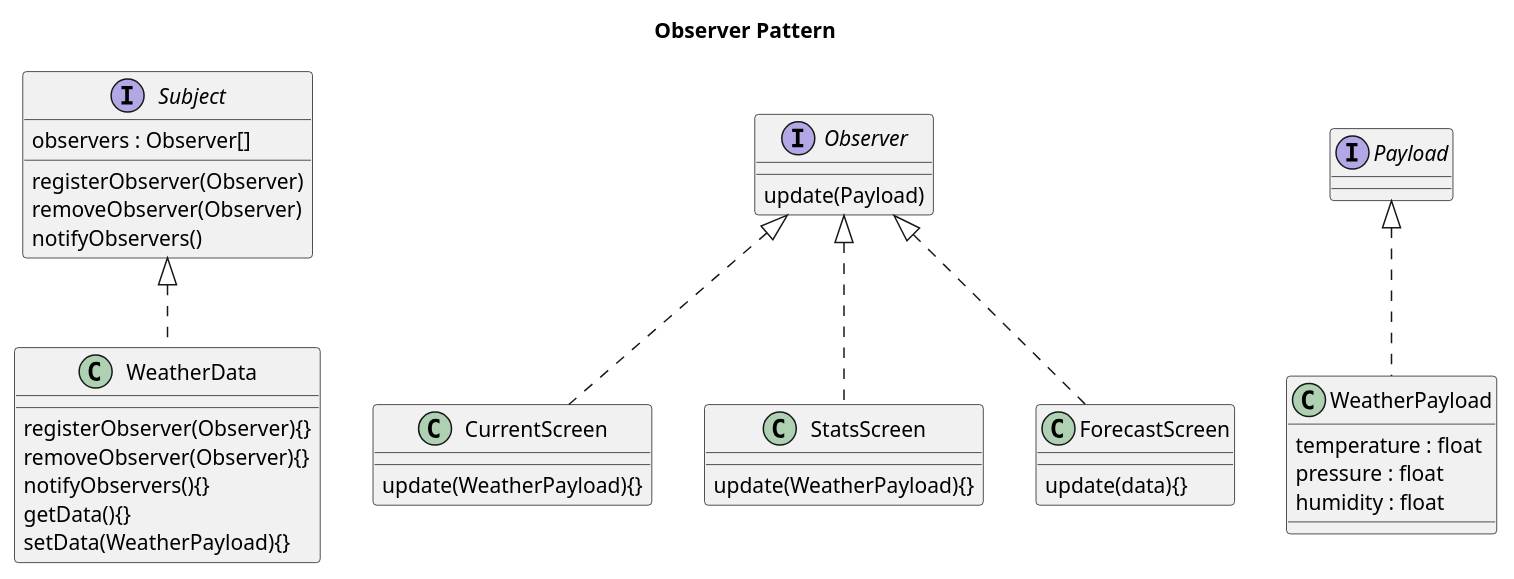
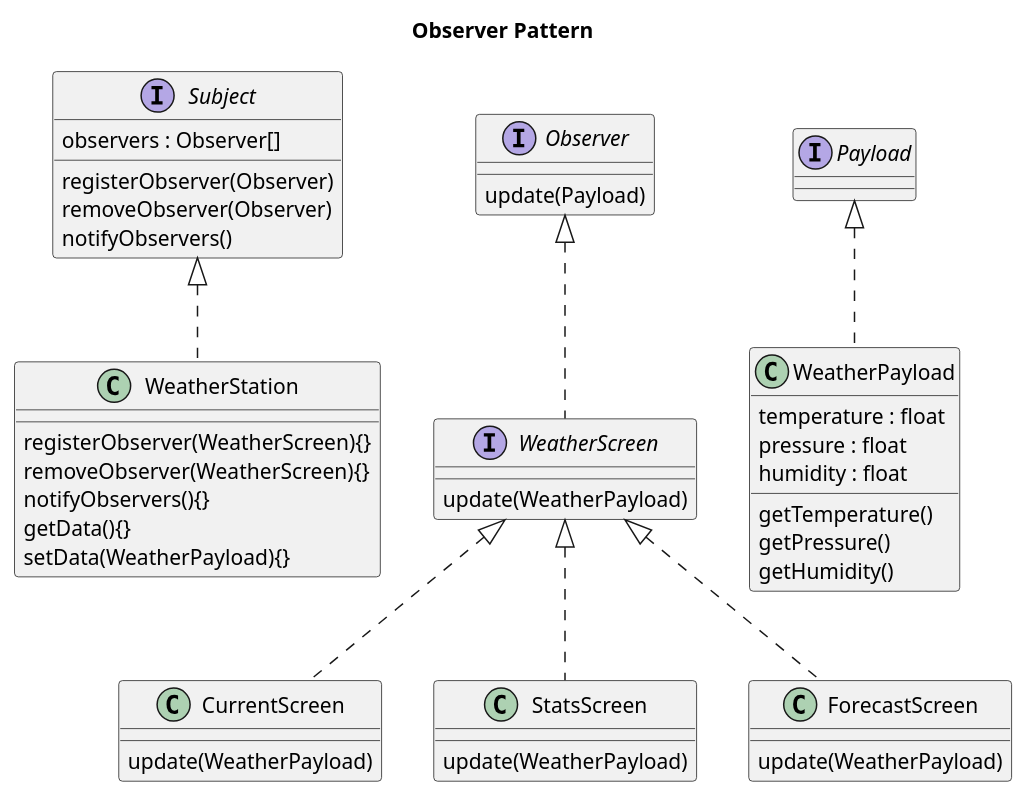
The diagram in 02_observer_pattern/README.md (alesgenova/design-patterns), drawn with PlantUML before and after one commit. The commit also changed 14 other files, not shown here.

````diff
--- a/02_observer_pattern/README.md
+++ b/02_observer_pattern/README.md
@@ -9,63 +9,76 @@
 ```plantuml
 @startuml
 
 title Observer Pattern
+
 
 interface Subject{
   observers : Observer[]
   registerObserver(Observer)
   removeObserver(Observer)
   notifyObservers()
 }
 
 
 interface Observer{
   update(Payload)
 }
 
+
 interface Payload{
 
 }
 
 
-class WeatherData{
-  registerObserver(Observer){}
-  removeObserver(Observer){}
+class WeatherStation{
+  registerObserver(WeatherScreen){}
+  removeObserver(WeatherScreen){}
   notifyObservers(){}
   getData(){}
   setData(WeatherPayload){}
 }
 
 
+interface WeatherScreen{
+  update(WeatherPayload)
+}
+
+
 class CurrentScreen{
-  update(WeatherPayload){}
+  update(WeatherPayload)
 }
 
 
 class StatsScreen{
-  update(WeatherPayload){}
+  update(WeatherPayload)
 }
 
 
 class ForecastScreen{
-  update(data){}
+  update(WeatherPayload)
 }
+
 
 class WeatherPayload{
   temperature : float
   pressure : float
   humidity : float
+  getTemperature()
+  getPressure()
+  getHumidity()
 }
 
 
-Subject <|.. WeatherData
+Subject <|.. WeatherStation
 
-Observer <|.. CurrentScreen
-Observer <|.. StatsScreen
-Observer <|.. ForecastScreen
+Observer <|.. WeatherScreen
+
+WeatherScreen <|.. CurrentScreen
+WeatherScreen <|.. StatsScreen
+WeatherScreen <|.. ForecastScreen
 
 Payload <|.. WeatherPayload
 
 
 @enduml
 ```
````
